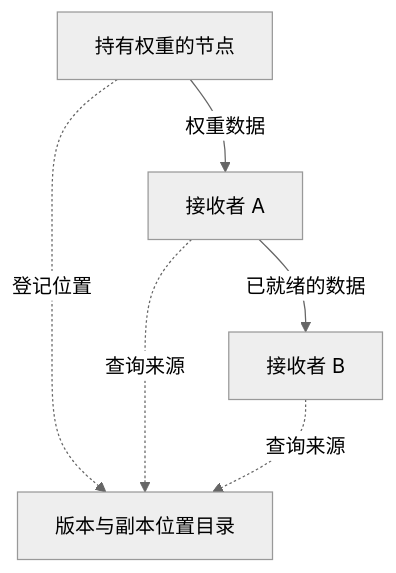
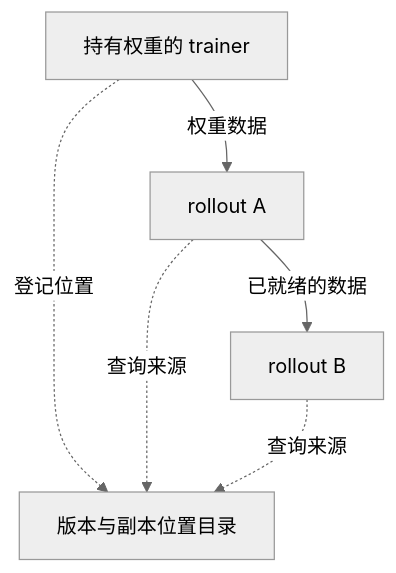
The first of 4 diagrams in content/foundations/RL/系统/权重同步/TensorHub权重同步机制.md (GKCY/LatentSpace), drawn with Mermaid (neutral theme) before and after one commit. The commit also changed other lines of this file and 1 other file, not shown here.

````diff
--- a/content/foundations/RL/系统/权重同步/TensorHub权重同步机制.md
+++ b/content/foundations/RL/系统/权重同步/TensorHub权重同步机制.md
@@ -30,9 +53,9 @@
 ```mermaid
 flowchart TB
     M[版本与副本位置目录]
-    T[持有权重的节点] -. 登记位置 .-> M
-    A[接收者 A] -. 查询来源 .-> M
-    B[接收者 B] -. 查询来源 .-> M
+    T[持有权重的 trainer] -. 登记位置 .-> M
+    A[rollout A] -. 查询来源 .-> M
+    B[rollout B] -. 查询来源 .-> M
     T -->|权重数据| A
     A -->|已就绪的数据| B
 ```
````
